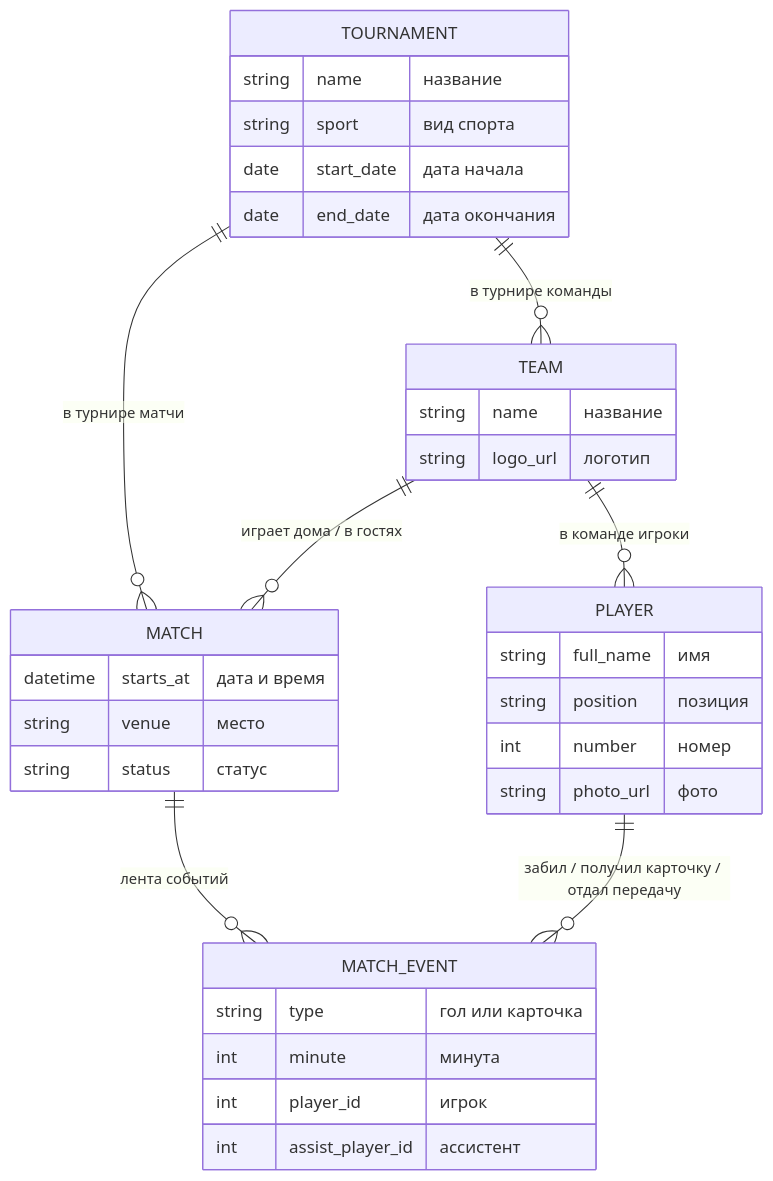
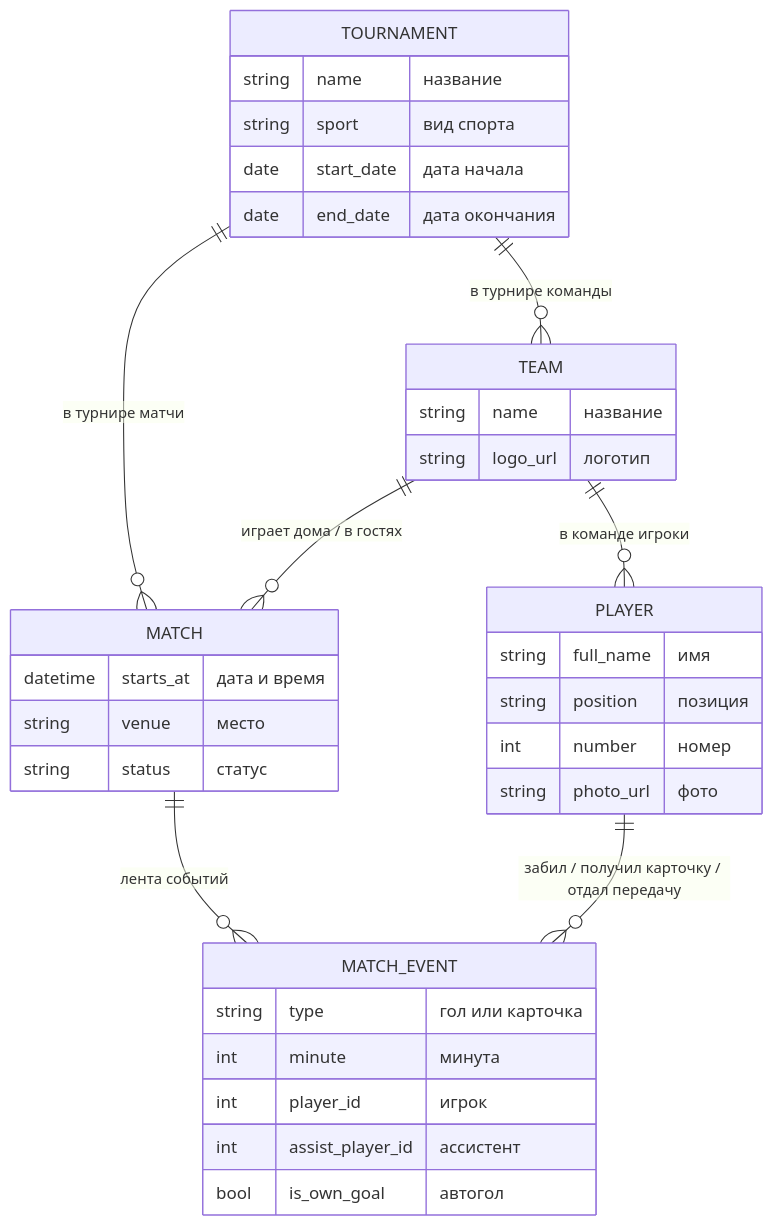
The diagram in README.md (kirillsaitow/matchday-fork), drawn with Mermaid before and after one commit. The commit also changed other lines of this file and 3 other files, not shown here.

First line of the commit message:
Автогол в событиях матча: поле is_own_goal

````diff
--- a/README.md
+++ b/README.md
@@ -95,37 +95,38 @@
 ```mermaid
 erDiagram
     TOURNAMENT ||--o{ TEAM : "в турнире команды"
     TOURNAMENT ||--o{ MATCH : "в турнире матчи"
     TEAM ||--o{ PLAYER : "в команде игроки"
     TEAM ||--o{ MATCH : "играет дома / в гостях"
     MATCH ||--o{ MATCH_EVENT : "лента событий"
     PLAYER ||--o{ MATCH_EVENT : "забил / получил карточку / отдал передачу"
 
     TOURNAMENT {
         string name "название"
         string sport "вид спорта"
         date start_date "дата начала"
         date end_date "дата окончания"
     }
     TEAM {
         string name "название"
         string logo_url "логотип"
     }
     PLAYER {
         string full_name "имя"
         string position "позиция"
         int number "номер"
         string photo_url "фото"
     }
     MATCH {
         datetime starts_at "дата и время"
         string venue "место"
         string status "статус"
     }
     MATCH_EVENT {
         string type "гол или карточка"
         int minute "минута"
         int player_id "игрок"
         int assist_player_id "ассистент"
+        bool is_own_goal "автогол"
     }
 ```
````
